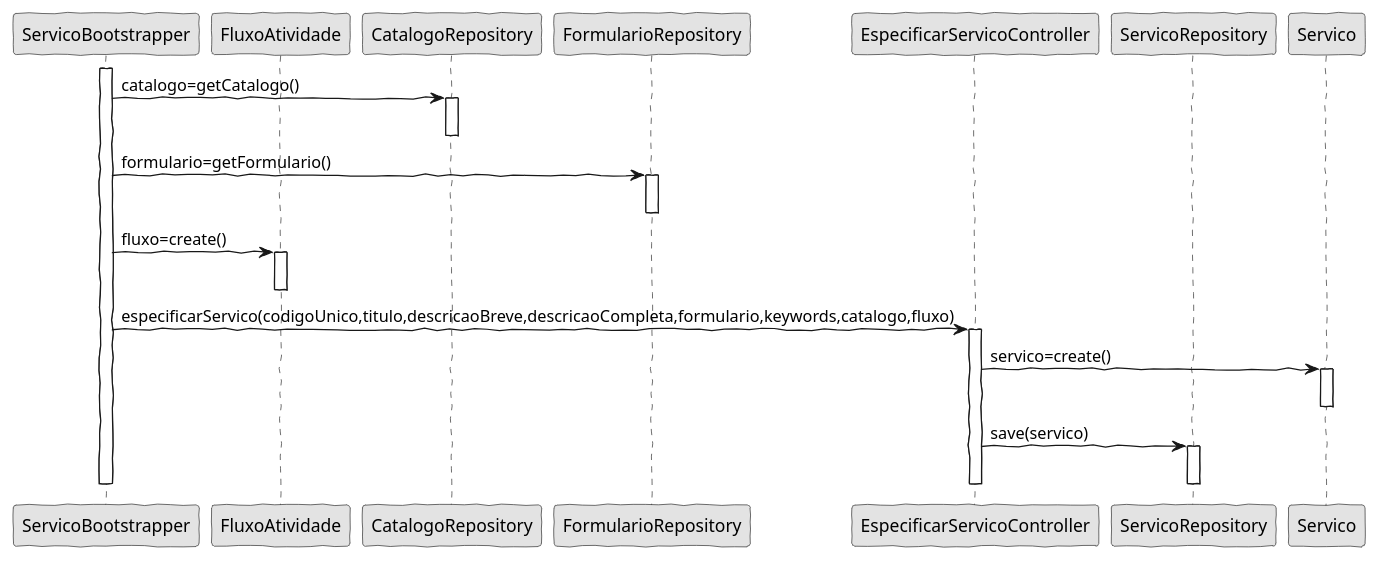
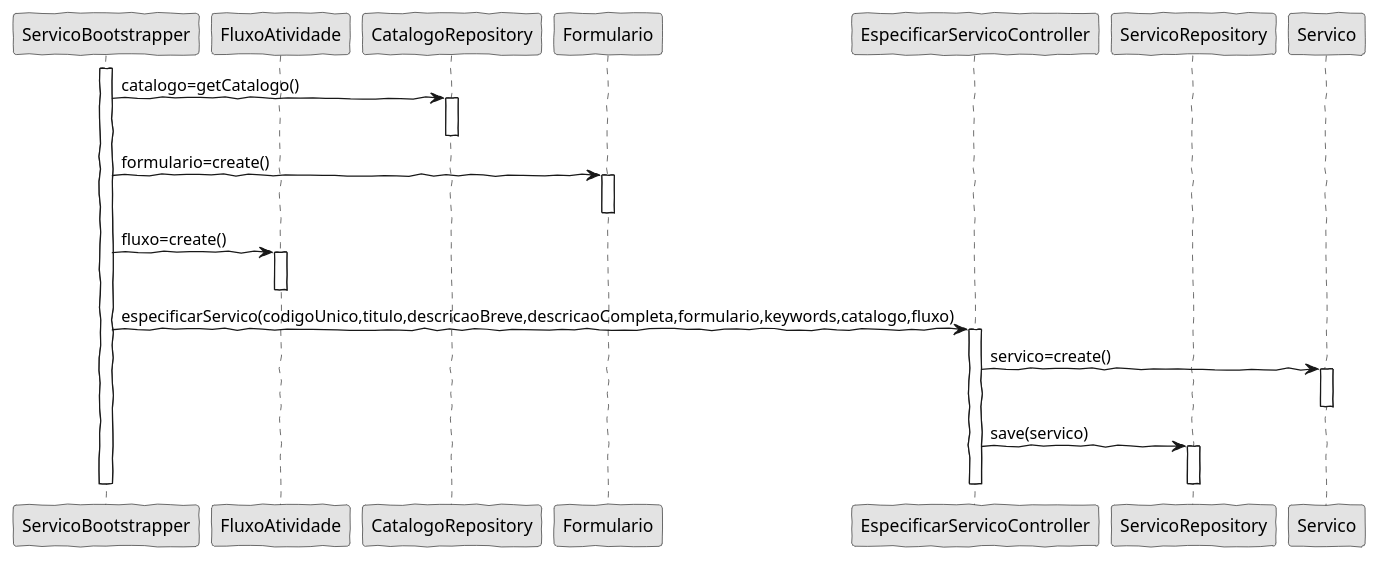
Before and after one commit to pedrolemos4/LAPR4: the diagram in docs/Sprint C/1190974/US2104/SD.puml, drawn with PlantUML. The commit also changed 3 other files, not shown here.

```diff
--- a/docs/Sprint C/1190974/US2104/SD.puml
+++ b/docs/Sprint C/1190974/US2104/SD.puml
@@ -1,45 +1,45 @@
 @startuml
 
 'http://plantuml.com/skinparam.html
 skinparam handwritten true
 skinparam monochrome true
 skinparam packageStyle rect
 skinparam defaultFontName FG Virgil
 skinparam shadowing false
 
 participant ServicoBootstrapper as Bootstrapper
 
 participant FluxoAtividade as FluxoAtividade
 participant CatalogoRepository as CRepository 
-participant FormularioRepository as FRepository 
+participant Formulario as FRepository 
 participant EspecificarServicoController as Controller
 participant ServicoRepository as SRepository 
 participant Servico as Servico
 
 activate Bootstrapper
 
 Bootstrapper -> CRepository : catalogo=getCatalogo()
 activate CRepository
 deactivate CRepository
 
-Bootstrapper -> FRepository : formulario=getFormulario()
+Bootstrapper -> FRepository : formulario=create()
 activate FRepository
 deactivate FRepository
 
 Bootstrapper -> FluxoAtividade : fluxo=create()
 activate FluxoAtividade
 deactivate FluxoAtividade
 
 Bootstrapper -> Controller : especificarServico(codigoUnico,titulo,descricaoBreve,descricaoCompleta,formulario,keywords,catalogo,fluxo)
 activate Controller
 Controller -> Servico : servico=create()
 activate Servico
 deactivate Servico
 Controller -> SRepository : save(servico)
 activate SRepository
 deactivate SRepository
 deactivate Controller
 
 deactivate Bootstrapper
 
 @enduml
```
